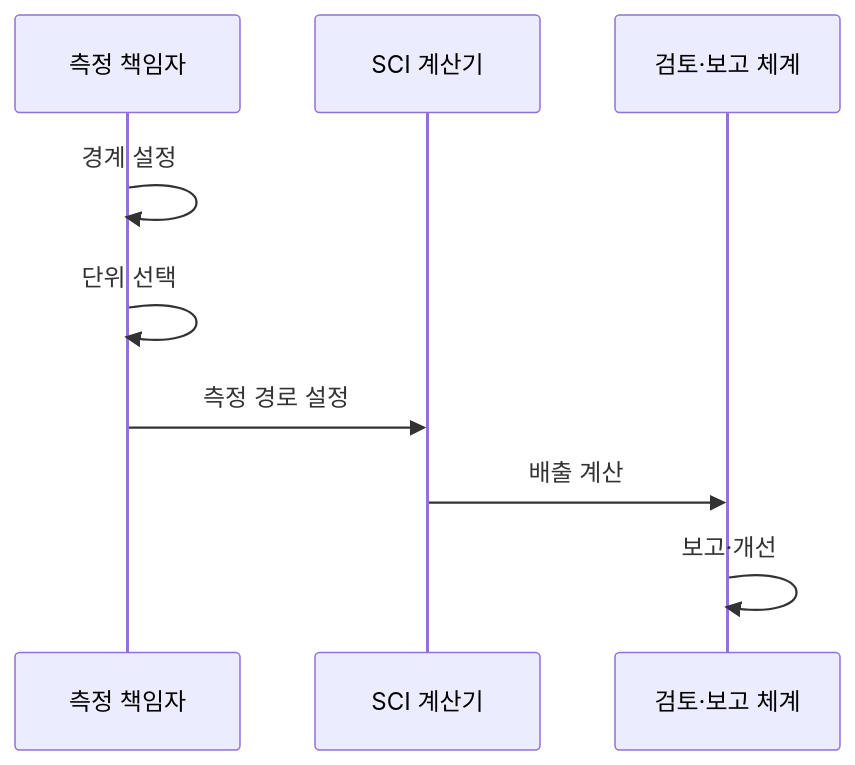
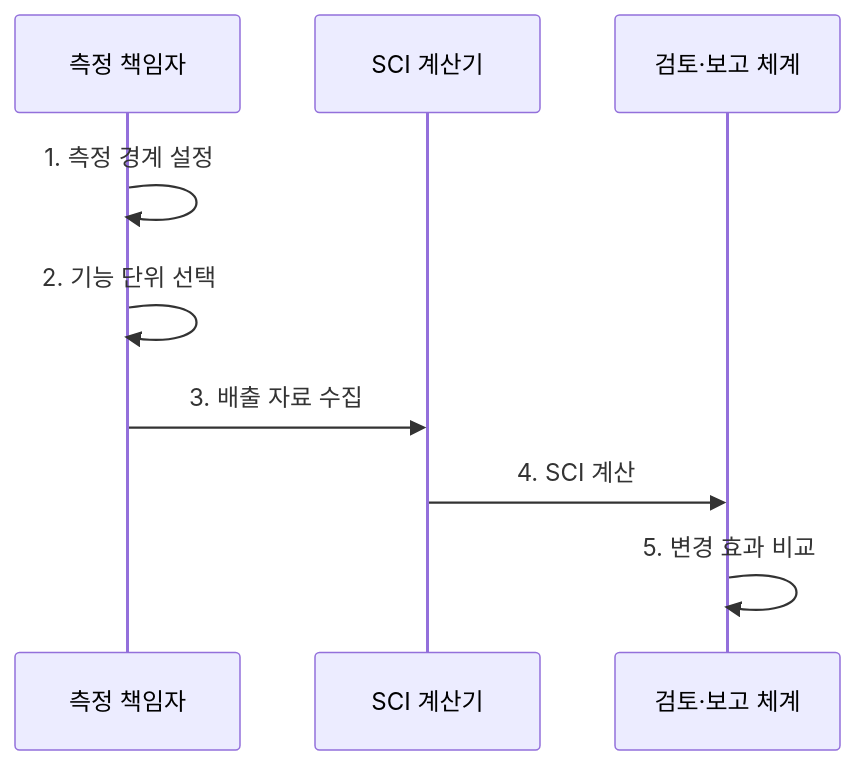
One commit to agnusdei1207/knowledge-base changed the second of 2 diagrams in src/content/docs/notes/03-software/195_green_software_sci.md. Above: the diagram before and after it, drawn with Mermaid. The commit also changed other lines of this file and 20 other files, not shown here.

````diff
--- a/src/content/docs/notes/03-software/195_green_software_sci.md
+++ b/src/content/docs/notes/03-software/195_green_software_sci.md
@@ -74,11 +88,11 @@
 ```mermaid
 sequenceDiagram
     participant O as 측정 책임자
     participant C as SCI 계산기
     participant R as 검토·보고 체계
-    O->>O: 경계 설정
-    O->>O: 단위 선택
-    O->>C: 측정 경로 설정
-    C->>R: 배출 계산
-    R->>R: 보고·개선
+    O->>O: 1. 측정 경계 설정
+    O->>O: 2. 기능 단위 선택
+    O->>C: 3. 배출 자료 수집
+    C->>R: 4. SCI 계산
+    R->>R: 5. 변경 효과 비교
 ```
````
